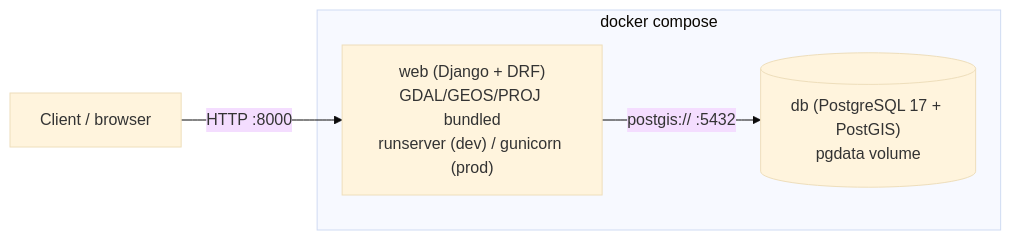
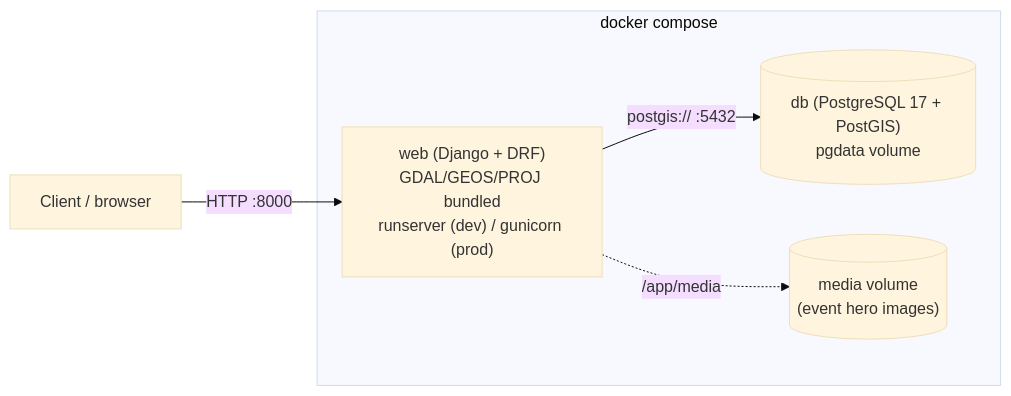
One commit to Terminschleuder/backend changed the first of 4 diagrams in docs/architecture.md. Above: the diagram before and after it, drawn with Mermaid (base theme). The commit also changed other lines of this file and 25 other files, not shown here.

````diff
--- a/docs/architecture.md
+++ b/docs/architecture.md
@@ -27,10 +27,12 @@
 ```mermaid
 flowchart LR
     Client["Client / browser"] -->|HTTP :8000| Web
 
     subgraph compose["docker compose"]
         Web["web (Django + DRF)\nGDAL/GEOS/PROJ bundled\nrunserver (dev) / gunicorn (prod)"]
         DB[("db (PostgreSQL 17 + PostGIS)\npgdata volume")]
+        Media[("media volume\n(event hero images)")]
         Web -->|postgis:// :5432| DB
+        Web -.->|/app/media| Media
     end
 ```
````
